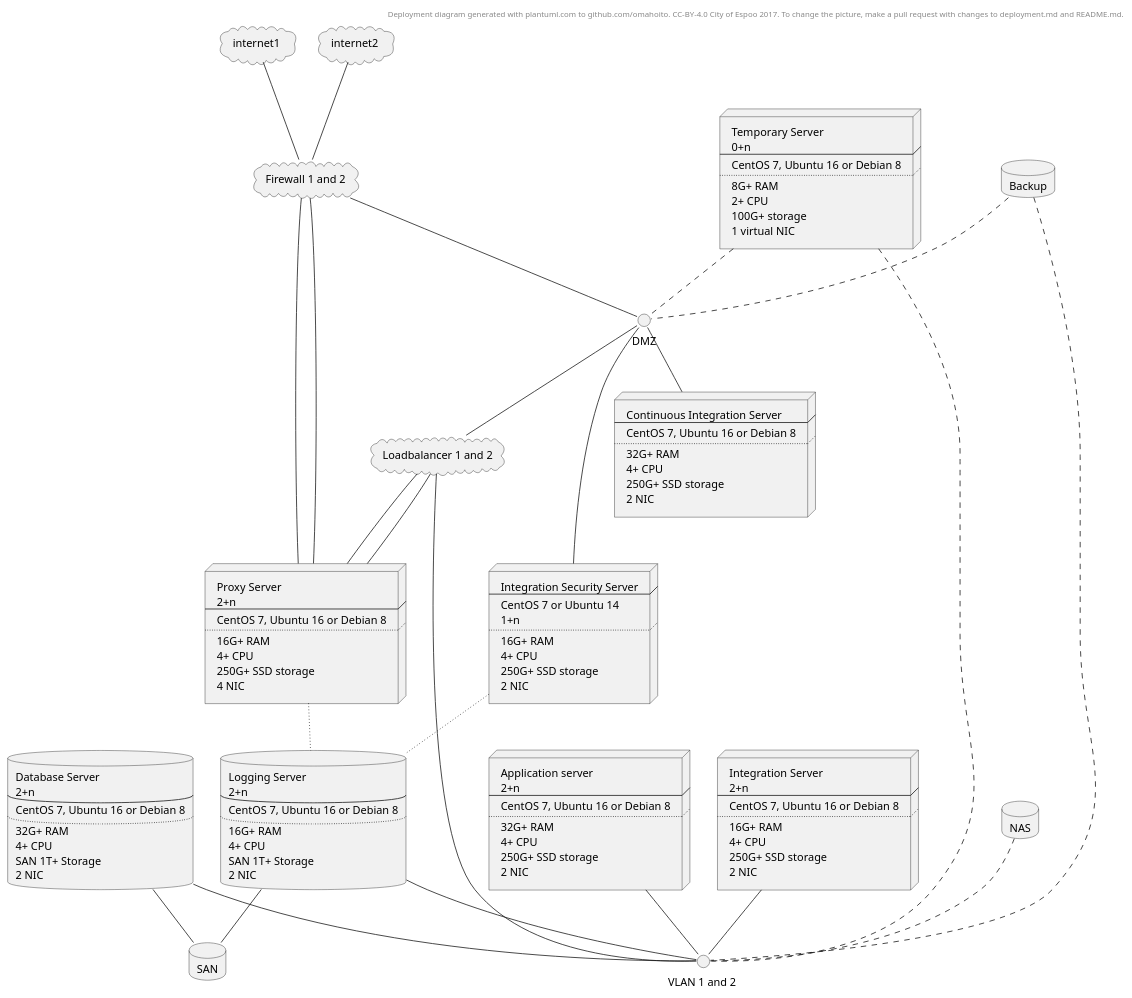
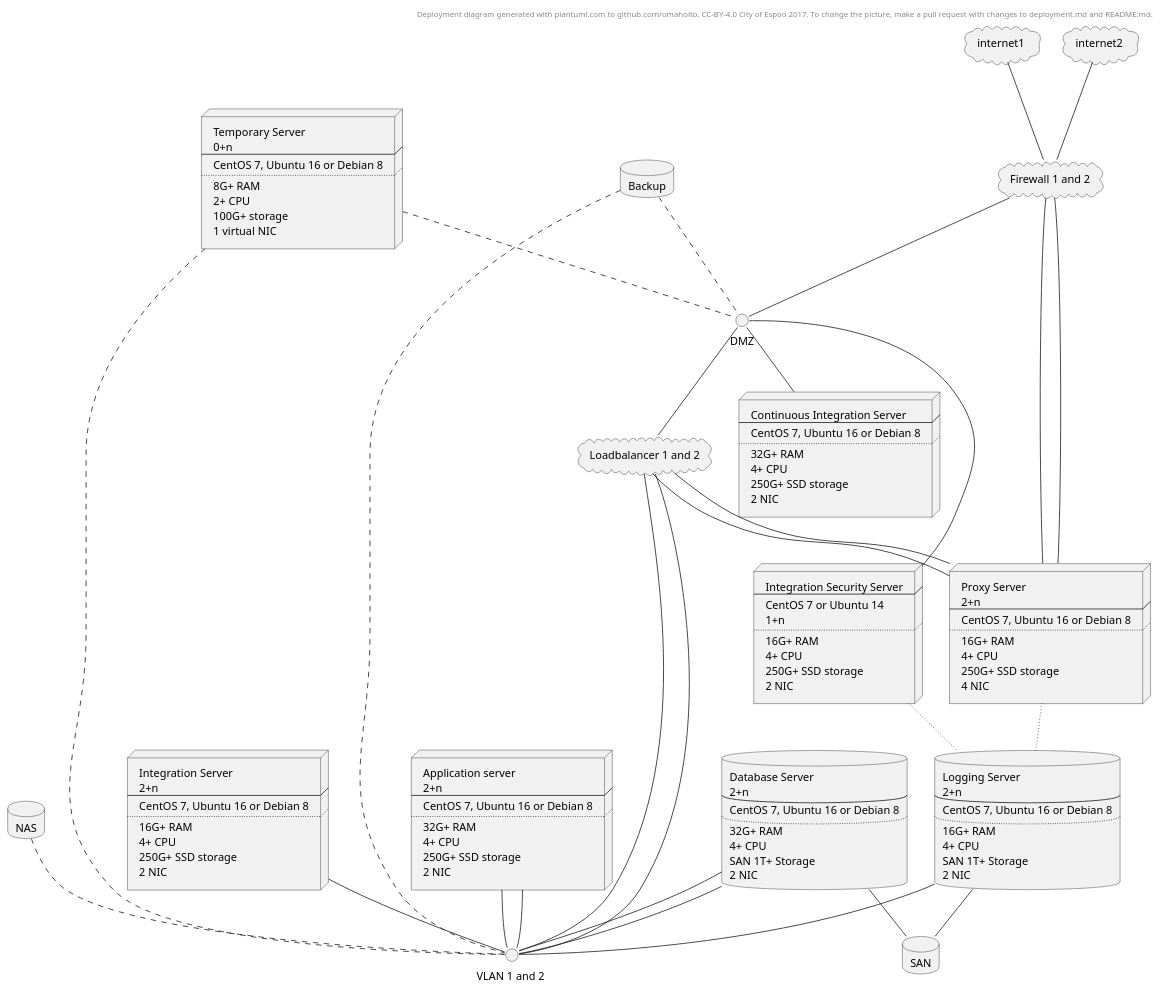
The diagram in deployment.md (ruoat/definitions), drawn with PlantUML before and after one commit.

```diff
--- a/deployment.md
+++ b/deployment.md
@@ -121,11 +121,14 @@
 nodeproxy ~~ logging1
 
 loadbalancer1 -- VLAN1
+loadbalancer1 -- VLAN1
+database1 -- VLAN1
 database1 -- VLAN1
 database1 -- SAN
 logging1 -- SAN
 nodeintegration2 -- VLAN1
 logging1 -- VLAN1
+nodeas1 -- VLAN1
 nodeas1 -- VLAN1
 Backup .. VLAN1
 Backup .. DMZ
```
